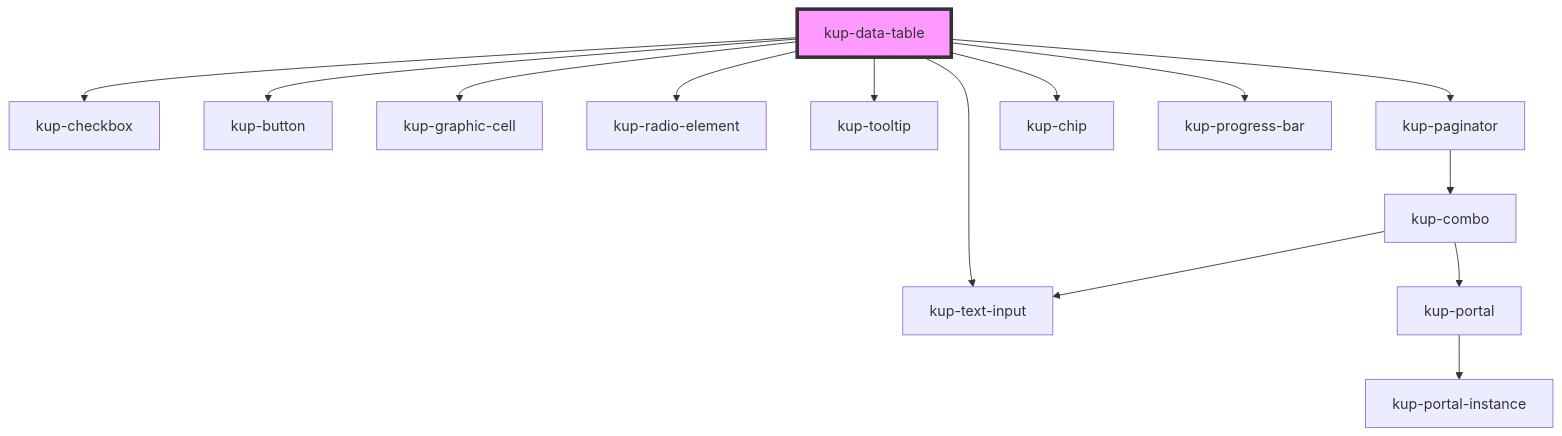
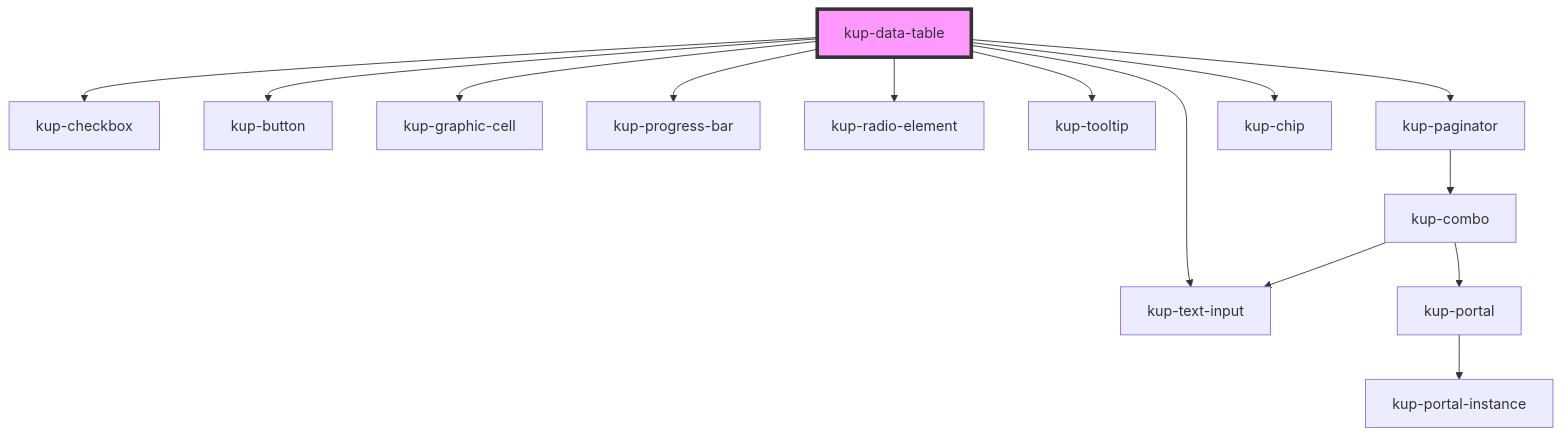
The diagram in packages/ketchup/src/components/kup-data-table/readme.md (smeup/ketchup), drawn with Mermaid before and after one commit. The commit also changed other lines of this file and 6 other files, not shown here.

````diff
--- a/packages/ketchup/src/components/kup-data-table/readme.md
+++ b/packages/ketchup/src/components/kup-data-table/readme.md
@@ -157,17 +157,17 @@
 ```mermaid
 graph TD;
   kup-data-table --> kup-text-input
   kup-data-table --> kup-checkbox
   kup-data-table --> kup-button
   kup-data-table --> kup-graphic-cell
+  kup-data-table --> kup-progress-bar
   kup-data-table --> kup-radio-element
   kup-data-table --> kup-tooltip
   kup-data-table --> kup-paginator
   kup-data-table --> kup-chip
-  kup-data-table --> kup-progress-bar
   kup-paginator --> kup-combo
   kup-combo --> kup-text-input
   kup-combo --> kup-portal
   kup-portal --> kup-portal-instance
   style kup-data-table fill:#f9f,stroke:#333,stroke-width:4px
 ```
````
